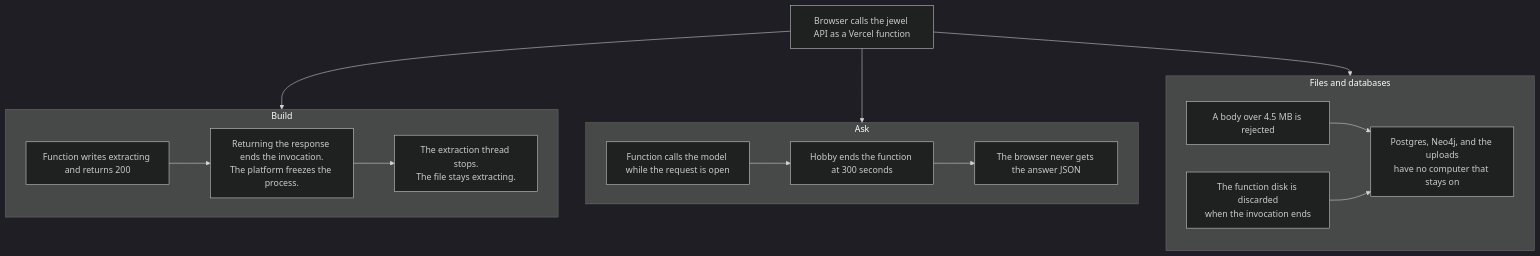
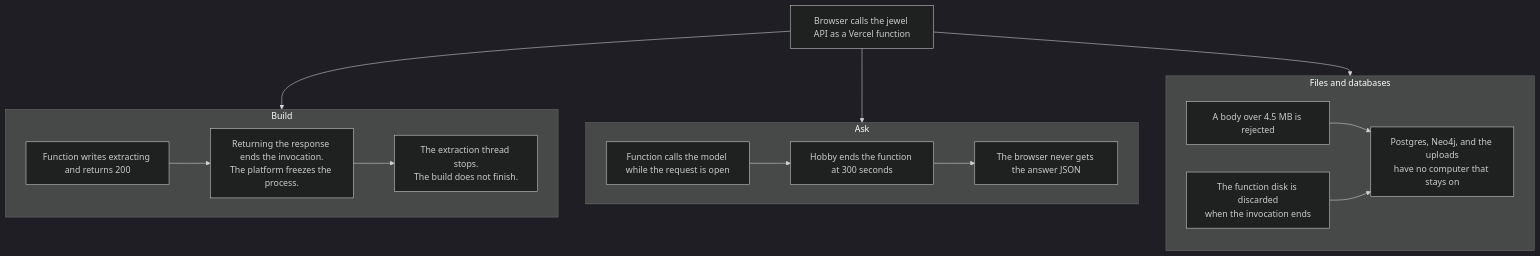
One commit to chikku1234568/jewel changed the diagram in docs/diagrams/08-vercel-only-fails.mmd. Above: the diagram before and after it, drawn with Mermaid (dark theme). The commit also changed 4 other files, not shown here.

```diff
--- a/docs/diagrams/08-vercel-only-fails.mmd
+++ b/docs/diagrams/08-vercel-only-fails.mmd
@@ -1,31 +1,31 @@
 %% name: 08-vercel-only-fails
 %% keep: hand
 %% What happens if the whole app is a Vercel function. No VM, no Compose.
 flowchart TB
     browser[Browser calls the jewel API as a Vercel function]
 
     browser --> build
     browser --> ask
     browser --> data
 
     subgraph build [Build]
         b1[Function writes extracting and returns 200]
         b2[Returning the response ends the invocation.<br/>The platform freezes the process.]
-        b3[The extraction thread stops.<br/>The file stays extracting.]
+        b3[The extraction thread stops.<br/>The build does not finish.]
         b1 --> b2 --> b3
     end
 
     subgraph ask [Ask]
         a1[Function calls the model while the request is open]
         a2[Hobby ends the function at 300 seconds]
         a3[The browser never gets the answer JSON]
         a1 --> a2 --> a3
     end
 
     subgraph data [Files and databases]
         d1[A body over 4.5 MB is rejected]
         d2[The function disk is discarded<br/>when the invocation ends]
         d3[Postgres, Neo4j, and the uploads<br/>have no computer that stays on]
         d1 --> d3
         d2 --> d3
     end
```
